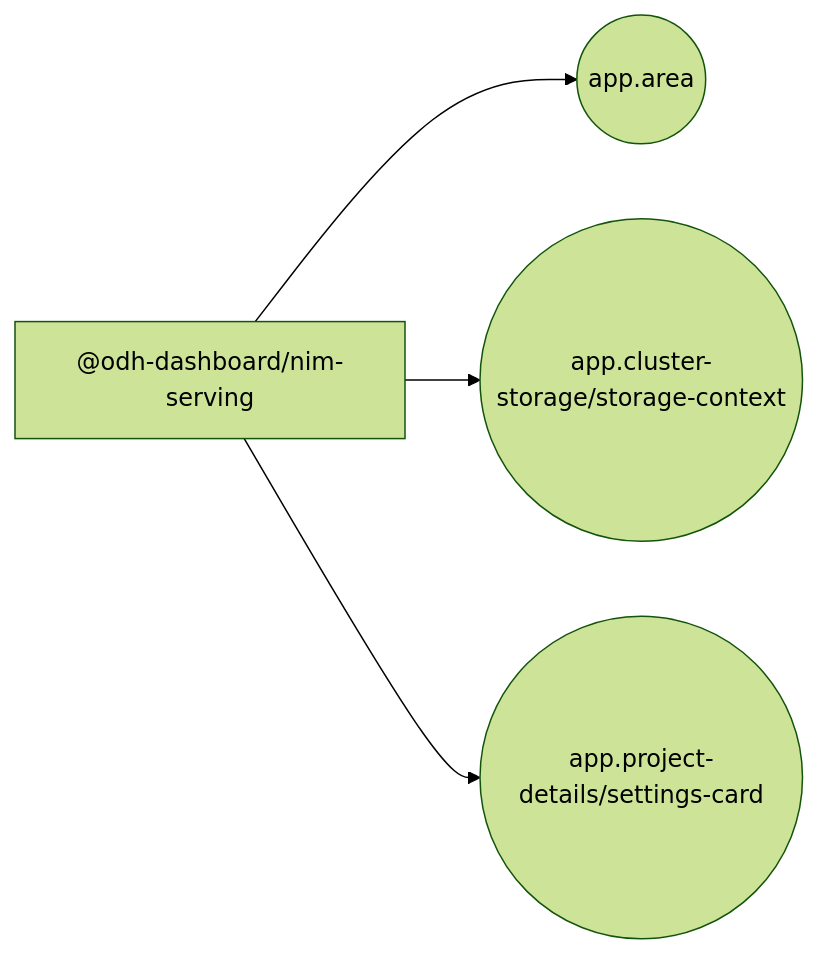
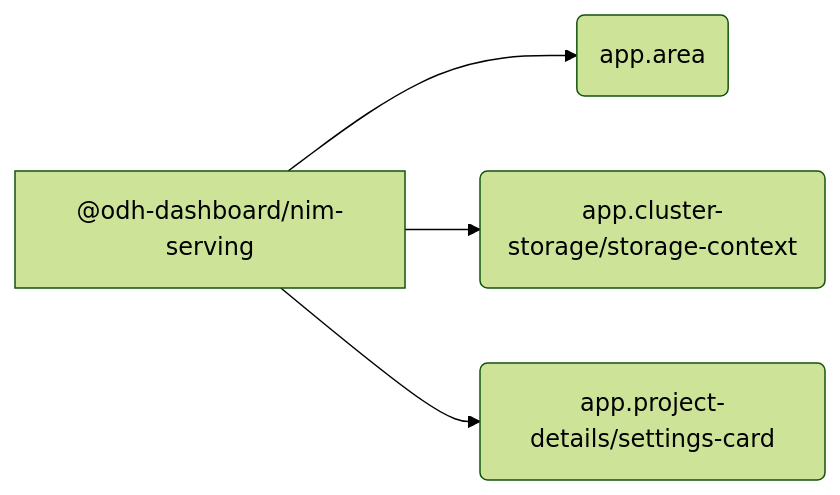
One commit to mturley/odh-dashboard changed the first of 2 diagrams in packages/nim-serving/docs/extensions.md. Above: the diagram before and after it, drawn with Mermaid (forest theme). The commit also changed other lines of this file and 24 other files, not shown here.

````diff
--- a/packages/nim-serving/docs/extensions.md
+++ b/packages/nim-serving/docs/extensions.md
@@ -15,10 +15,10 @@
 ```mermaid
 flowchart LR
   pkg_n__odh_dashboard_nim_serving_974017["@odh-dashboard/nim-serving"]
-  point_n_app_area_bcfe23(("app.area"))
+  point_n_app_area_bcfe23("app.area")
   pkg_n__odh_dashboard_nim_serving_974017 --> point_n_app_area_bcfe23
-  point_n_app_cluster_storage_storage_context_e68734(("app.cluster-storage/storage-context"))
+  point_n_app_cluster_storage_storage_context_e68734("app.cluster-storage/storage-context")
   pkg_n__odh_dashboard_nim_serving_974017 --> point_n_app_cluster_storage_storage_context_e68734
-  point_n_app_project_details_settings_card_bc8e85(("app.project-details/settings-card"))
+  point_n_app_project_details_settings_card_bc8e85("app.project-details/settings-card")
   pkg_n__odh_dashboard_nim_serving_974017 --> point_n_app_project_details_settings_card_bc8e85
 ```
````
